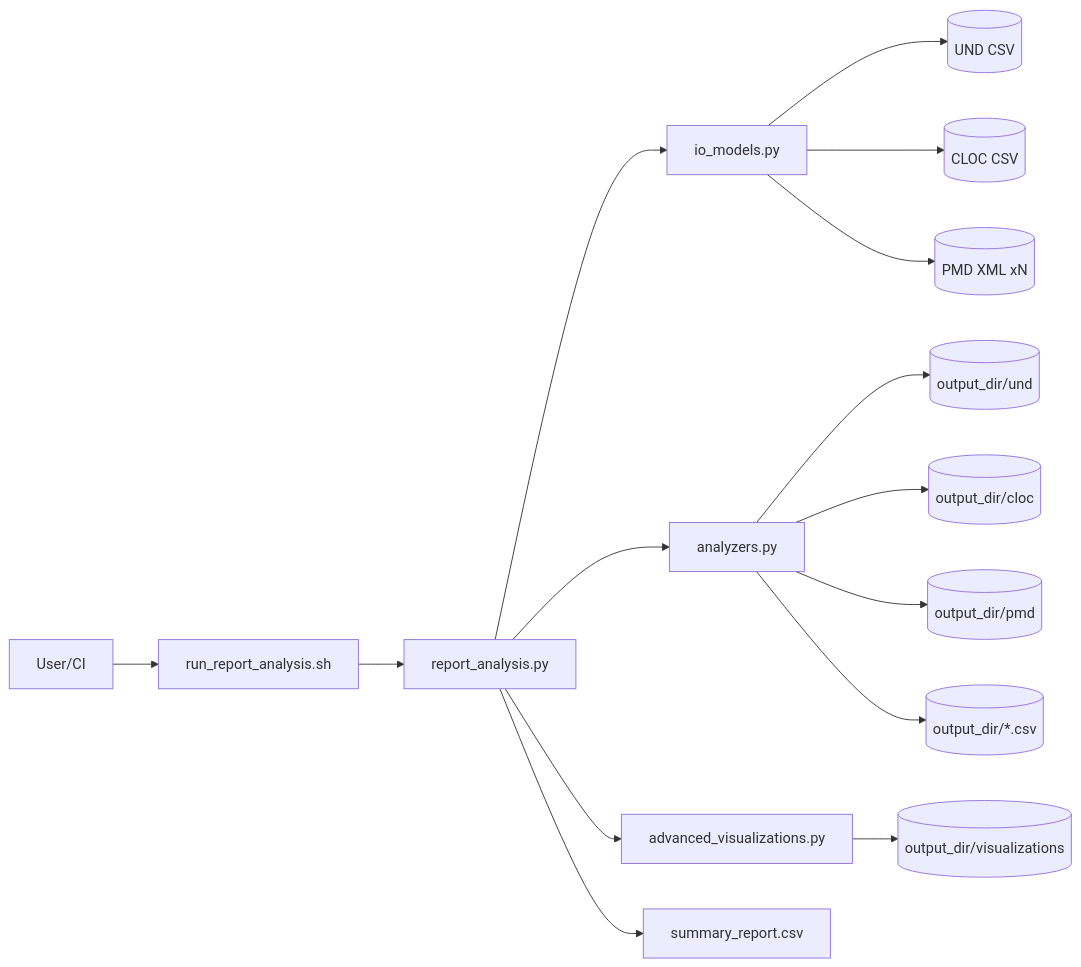
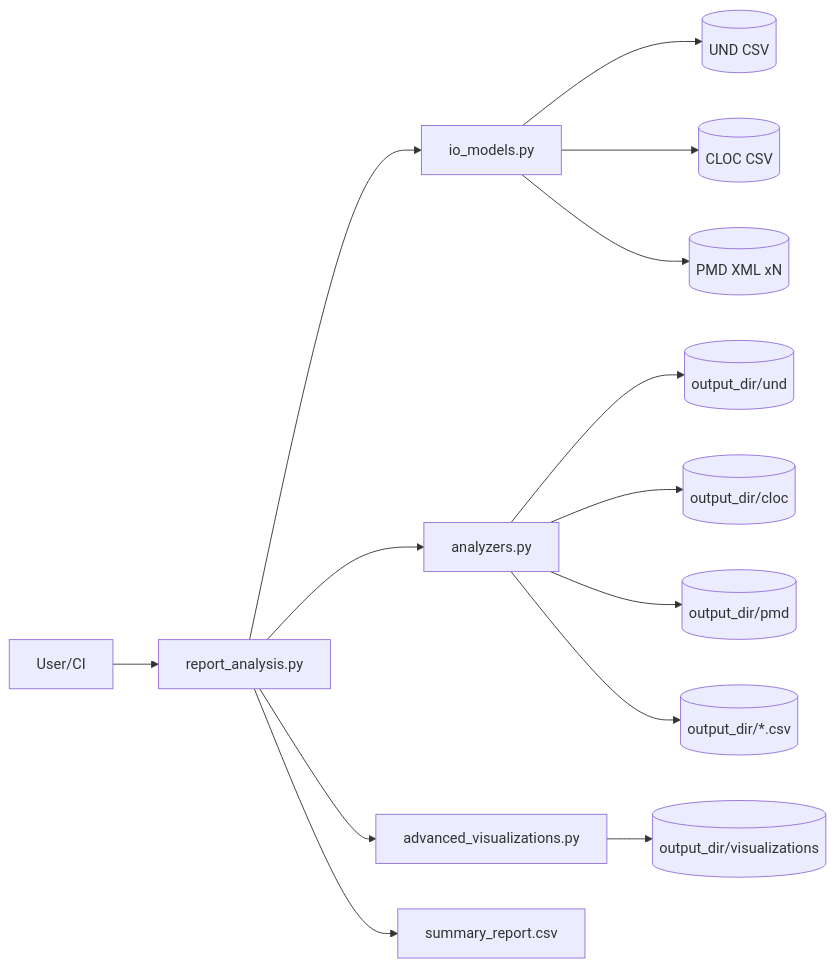
The first of 5 diagrams in docs/RUN_REPORT_ANALYSIS_DESIGN.md (yskforest/report_analysis), drawn with Mermaid before and after one commit. The commit also changed other lines of this file and 10 other files, not shown here.

````diff
--- a/docs/RUN_REPORT_ANALYSIS_DESIGN.md
+++ b/docs/RUN_REPORT_ANALYSIS_DESIGN.md
@@ -75,20 +73,19 @@
 ```mermaid
 flowchart LR
-    User[User/CI] --> SH[run_report_analysis.sh]
-    SH --> RA[report_analysis.py]
+    User[User/CI] --> RA[report_analysis.py]
 
     RA --> IO[io_models.py]
     RA --> AN[analyzers.py]
     RA --> AV[advanced_visualizations.py]
     RA --> SUM[summary_report.csv]
 
     IO --> IN1[(UND CSV)]
     IO --> IN2[(CLOC CSV)]
     IO --> IN3[(PMD XML xN)]
 
     AN --> O1[(output_dir/und)]
     AN --> O2[(output_dir/cloc)]
     AN --> O3[(output_dir/pmd)]
     AN --> O4[(output_dir/*.csv)]
     AV --> O5[(output_dir/visualizations)]
 ```
````
